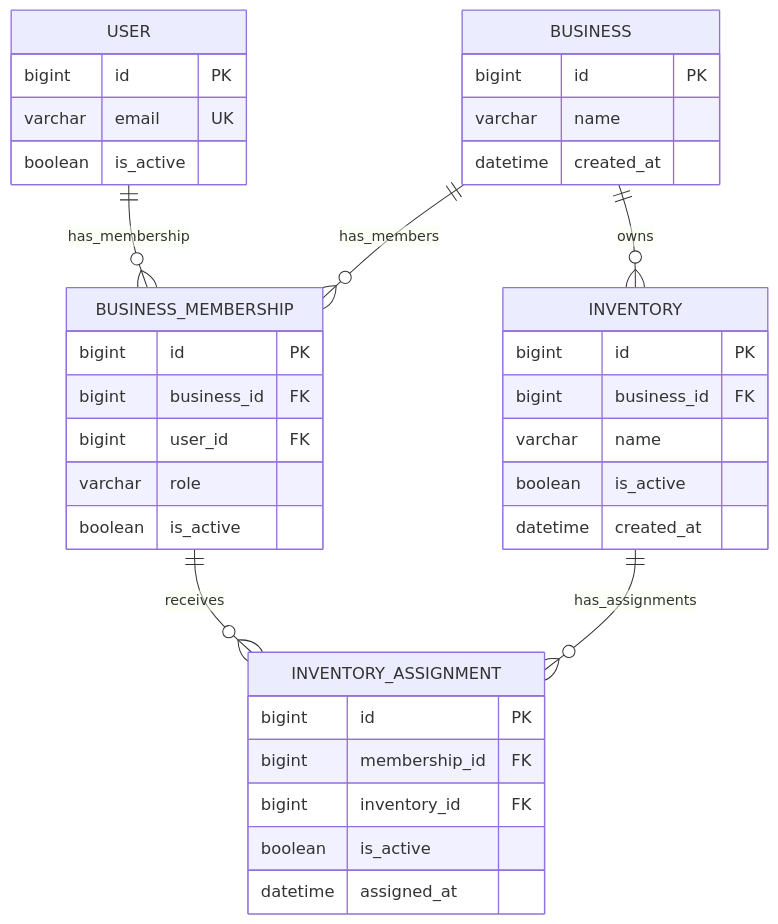
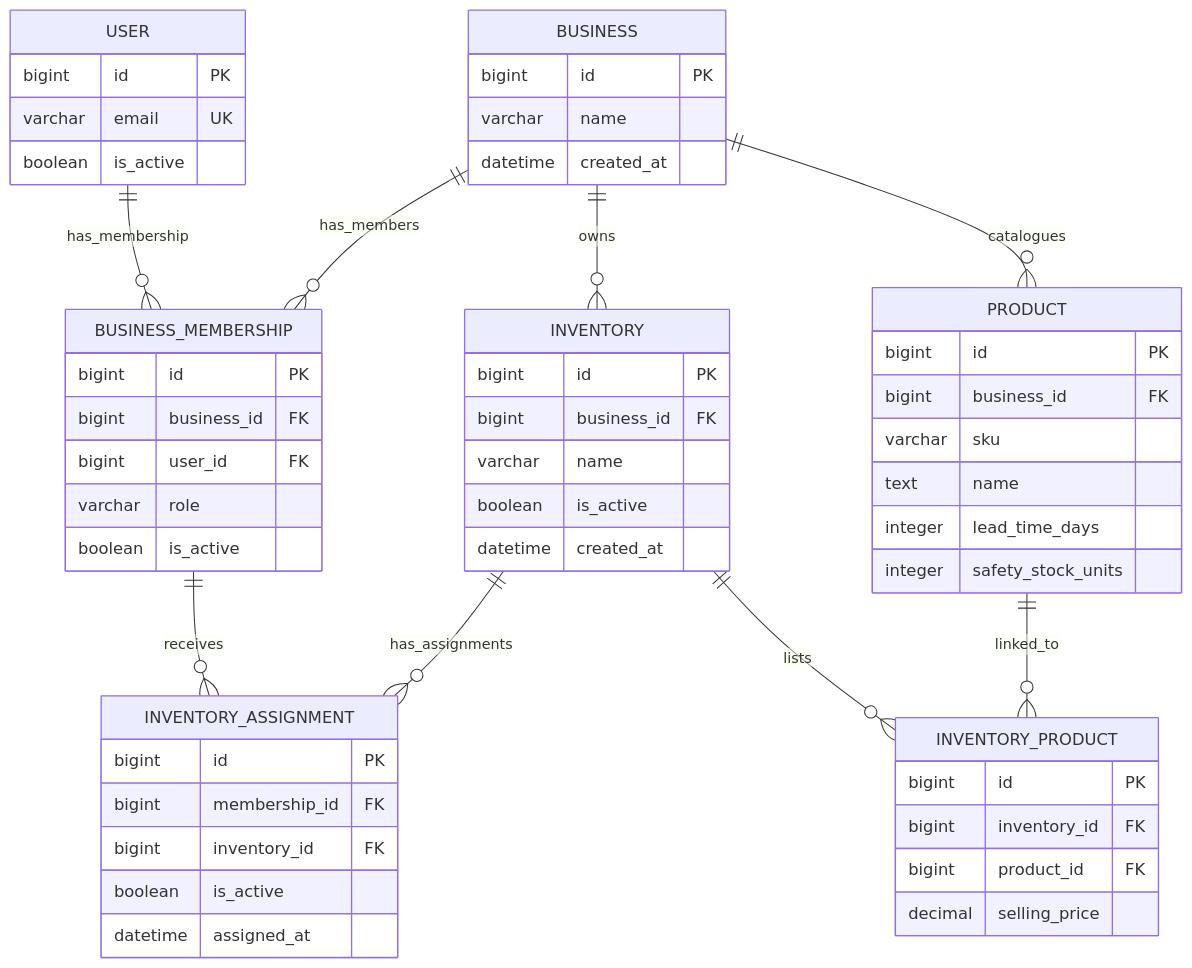
The diagram in docs/design/ERD.md (Mike-Franco/ay2627s2-cicdp-MikeAbat), drawn with Mermaid before and after one commit. The commit also changed other lines of this file and 16 other files, not shown here.

````diff
--- a/docs/design/ERD.md
+++ b/docs/design/ERD.md
@@ -7,40 +7,57 @@
 ```mermaid
 erDiagram
     USER ||--o{ BUSINESS_MEMBERSHIP : has_membership
     BUSINESS ||--o{ BUSINESS_MEMBERSHIP : has_members
     BUSINESS ||--o{ INVENTORY : owns
+    BUSINESS ||--o{ PRODUCT : catalogues
     BUSINESS_MEMBERSHIP ||--o{ INVENTORY_ASSIGNMENT : receives
     INVENTORY ||--o{ INVENTORY_ASSIGNMENT : has_assignments
+    PRODUCT ||--o{ INVENTORY_PRODUCT : linked_to
+    INVENTORY ||--o{ INVENTORY_PRODUCT : lists
 
     USER {
         bigint id PK
         varchar email UK
         boolean is_active
     }
     BUSINESS {
         bigint id PK
         varchar name
         datetime created_at
     }
     BUSINESS_MEMBERSHIP {
         bigint id PK
         bigint business_id FK
         bigint user_id FK
         varchar role
         boolean is_active
     }
     INVENTORY {
         bigint id PK
         bigint business_id FK
         varchar name
         boolean is_active
         datetime created_at
     }
     INVENTORY_ASSIGNMENT {
         bigint id PK
         bigint membership_id FK
         bigint inventory_id FK
         boolean is_active
         datetime assigned_at
     }
+    PRODUCT {
+        bigint id PK
+        bigint business_id FK
+        varchar sku
+        text name
+        integer lead_time_days
+        integer safety_stock_units
+    }
+    INVENTORY_PRODUCT {
+        bigint id PK
+        bigint inventory_id FK
+        bigint product_id FK
+        decimal selling_price
+    }
 ```
````
